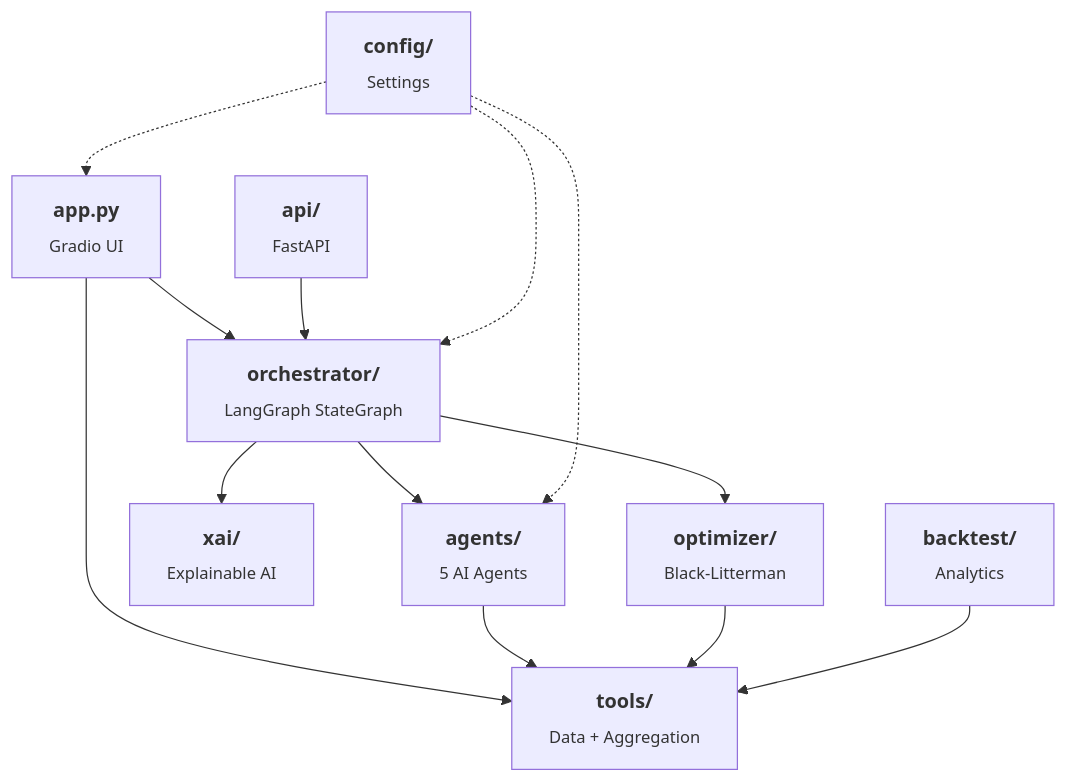
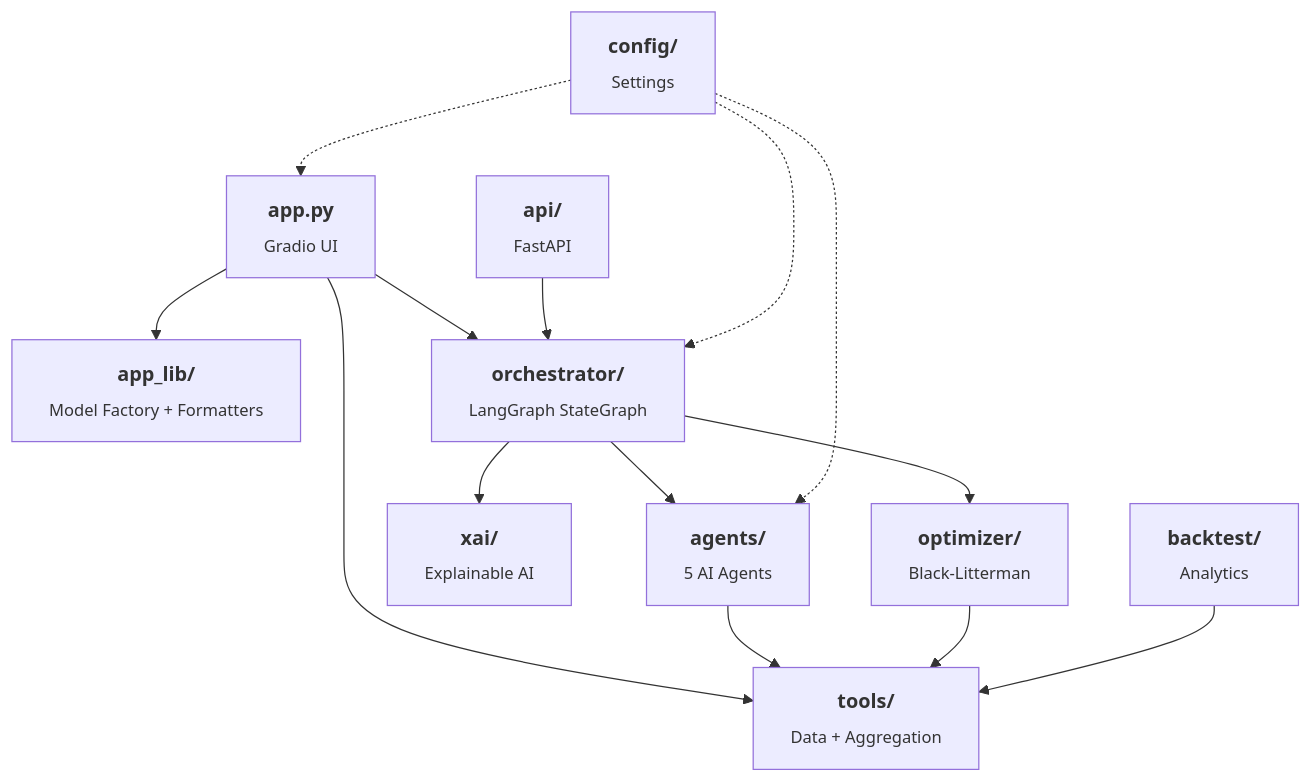
Before and after one commit to bdschi1/multi-agent-investment-committee: the sixth of 7 diagrams in README.md, drawn with Mermaid. The commit also changed other lines of this file and 39 other files, not shown here.

````diff
--- a/README.md
+++ b/README.md
@@ -332,19 +394,20 @@
 ```mermaid
 graph TD
-    APP["<b>app.py</b><br/><sub>Gradio UI</sub>"] --> ORCH["<b>orchestrator/</b><br/><sub>LangGraph StateGraph</sub>"]
+    APP["<b>app.py</b><br/><sub>Gradio UI</sub>"] --> APPLIB["<b>app_lib/</b><br/><sub>Model Factory + Formatters</sub>"]
+    APP --> ORCH["<b>orchestrator/</b><br/><sub>LangGraph StateGraph</sub>"]
     APP --> TOOLS["<b>tools/</b><br/><sub>Data + Aggregation</sub>"]
 
     ORCH --> AGENTS["<b>agents/</b><br/><sub>5 AI Agents</sub>"]
     ORCH --> XAI["<b>xai/</b><br/><sub>Explainable AI</sub>"]
     ORCH --> OPT["<b>optimizer/</b><br/><sub>Black-Litterman</sub>"]
 
     AGENTS --> TOOLS
     OPT --> TOOLS
 
     API["<b>api/</b><br/><sub>FastAPI</sub>"] --> ORCH
     BT["<b>backtest/</b><br/><sub>Analytics</sub>"] --> TOOLS
 
     CONFIG["<b>config/</b><br/><sub>Settings</sub>"] -.-> APP
     CONFIG -.-> ORCH
     CONFIG -.-> AGENTS
 ```
````
